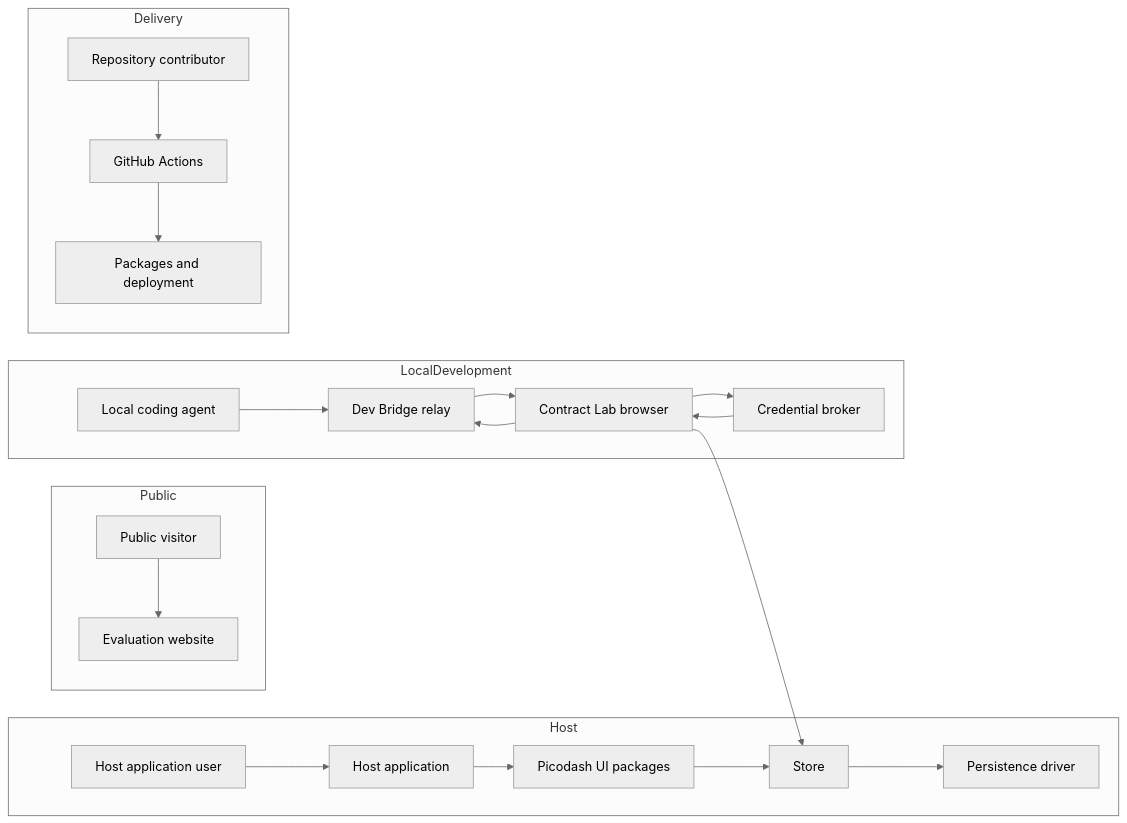
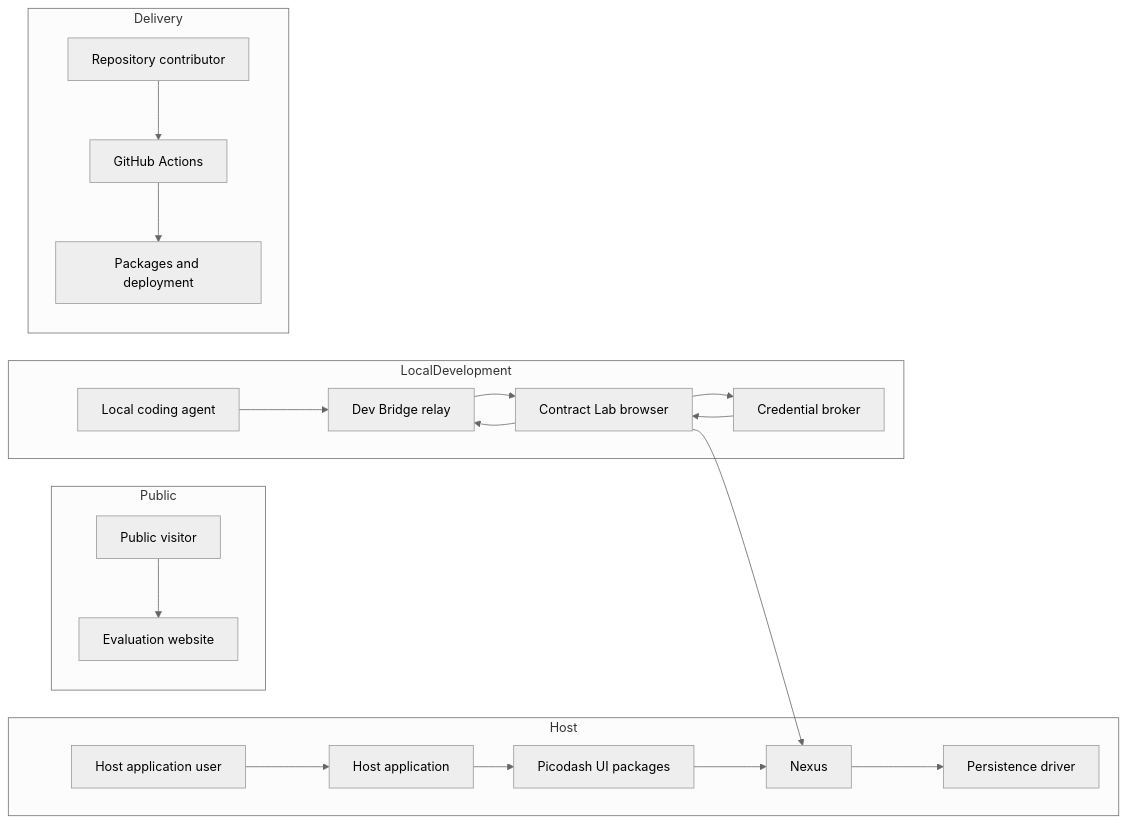
The diagram in docs/threat-model.md (programbo/picodash), drawn with Mermaid (neutral theme) before and after one commit. The commit also changed other lines of this file and 236 other files, not shown here.

Commit message:
Rename Picodash Store to Nexus (#97)

````diff
--- a/docs/threat-model.md
+++ b/docs/threat-model.md
@@ -56,38 +56,38 @@
 ```mermaid
 flowchart LR
   subgraph Public
     Visitor["Public visitor"]
     Website["Evaluation website"]
   end
   subgraph Host
     HostUser["Host application user"]
     HostApp["Host application"]
     UI["Picodash UI packages"]
-    Store["Store"]
+    Nexus["Nexus"]
     Persistence["Persistence driver"]
   end
   subgraph LocalDevelopment
     Agent["Local coding agent"]
     Relay["Dev Bridge relay"]
     Broker["Credential broker"]
     Lab["Contract Lab browser"]
   end
   subgraph Delivery
     Contributor["Repository contributor"]
     CI["GitHub Actions"]
     Artifact["Packages and deployment"]
   end
   Visitor --> Website
   HostUser --> HostApp
   HostApp --> UI
-  UI --> Store
-  Store --> Persistence
+  UI --> Nexus
+  Nexus --> Persistence
   Agent --> Relay
   Lab --> Broker
   Broker --> Lab
   Lab --> Relay
   Relay --> Lab
-  Lab --> Store
+  Lab --> Nexus
   Contributor --> CI
   CI --> Artifact
 ```
````
